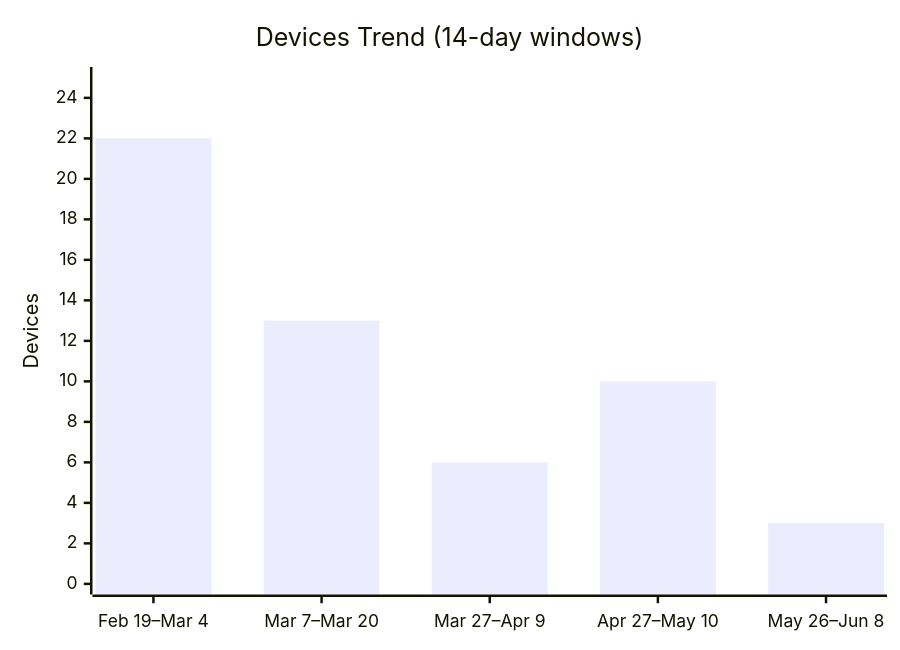
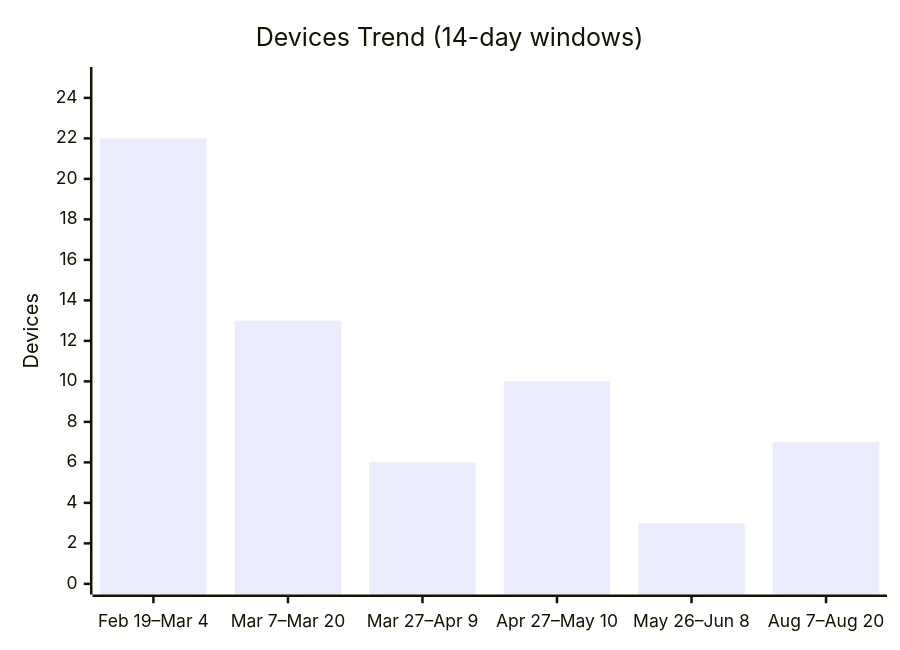
Before and after one commit to thrustCoder/gamer-uncle: the first of 3 diagrams in docs/telemetry/usage_analytics.md, drawn with Mermaid. The commit also changed other lines of this file and 42 other files, not shown here.

````diff
--- a/docs/telemetry/usage_analytics.md
+++ b/docs/telemetry/usage_analytics.md
@@ -24,7 +25,7 @@
 ```mermaid
 xychart-beta
     title "Devices Trend (14-day windows)"
-    x-axis ["Feb 19–Mar 4", "Mar 7–Mar 20", "Mar 27–Apr 9", "Apr 27–May 10", "May 26–Jun 8"]
+    x-axis ["Feb 19–Mar 4", "Mar 7–Mar 20", "Mar 27–Apr 9", "Apr 27–May 10", "May 26–Jun 8", "Aug 7–Aug 20"]
     y-axis "Devices" 0 --> 25
-    bar [22, 13, 6, 10, 3]
+    bar [22, 13, 6, 10, 3, 7]
 ```
````
